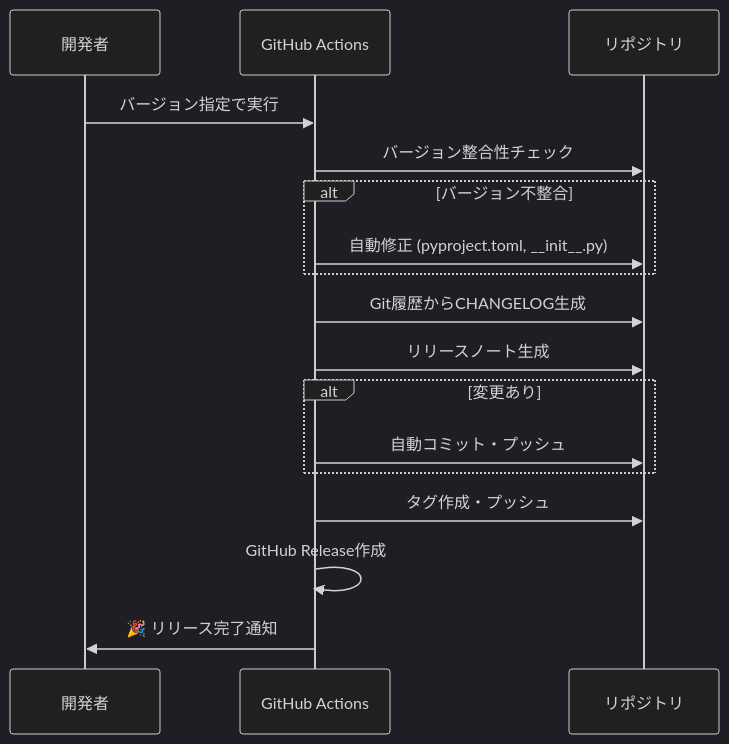
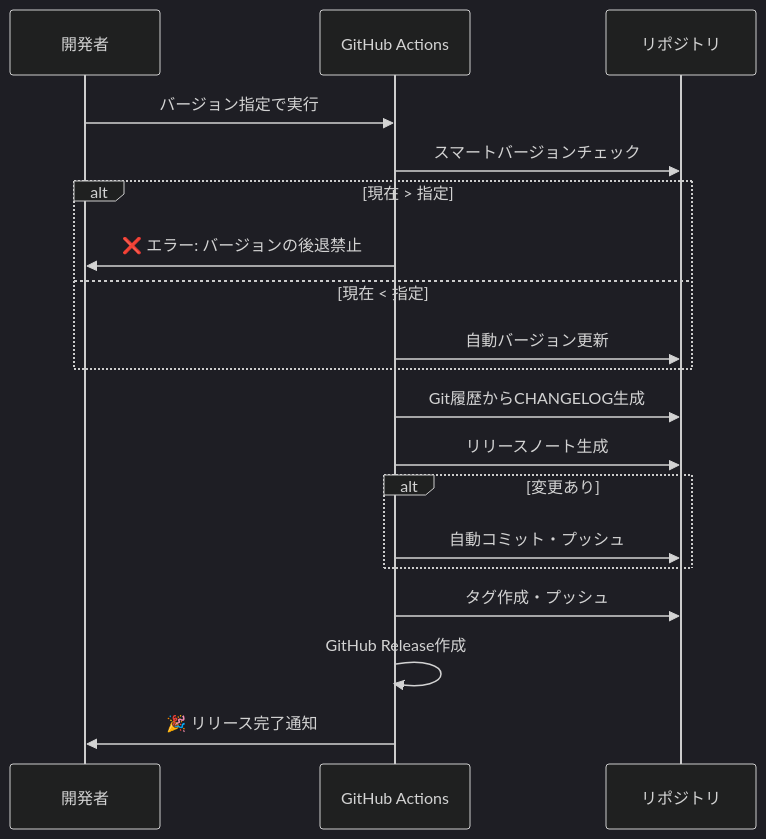
The second of 4 diagrams in docs/release-workflow.md (scottlz0310/Setup-Repository), drawn with Mermaid (dark theme) before and after one commit. The commit also changed other lines of this file, not shown here.

````diff
--- a/docs/release-workflow.md
+++ b/docs/release-workflow.md
@@ -74,24 +75,26 @@
 ```mermaid
 sequenceDiagram
     participant Dev as 開発者
     participant GH as GitHub Actions
     participant Repo as リポジトリ
     
     Dev->>GH: バージョン指定で実行
-    GH->>Repo: バージョン整合性チェック
+    GH->>Repo: スマートバージョンチェック
     
-    alt バージョン不整合
-        GH->>Repo: 自動修正 (pyproject.toml, __init__.py)
+    alt 現在 > 指定
+        GH->>Dev: ❌ エラー: バージョンの後退禁止
+    else 現在 < 指定
+        GH->>Repo: 自動バージョン更新
     end
     
     GH->>Repo: Git履歴からCHANGELOG生成
     GH->>Repo: リリースノート生成
     
     alt 変更あり
         GH->>Repo: 自動コミット・プッシュ
     end
     
     GH->>Repo: タグ作成・プッシュ
     GH->>GH: GitHub Release作成
     GH->>Dev: 🎉 リリース完了通知
 ```
````
